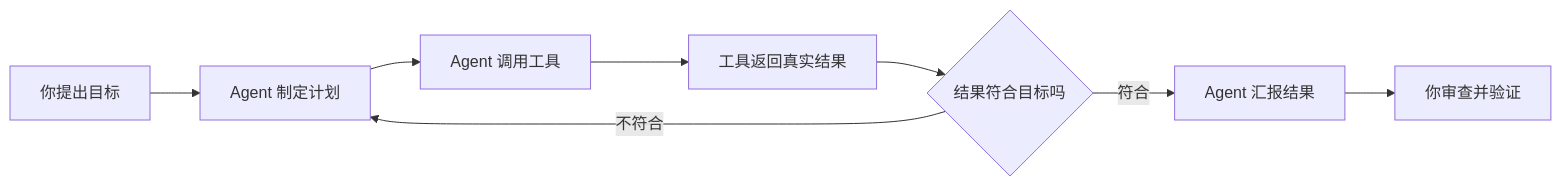
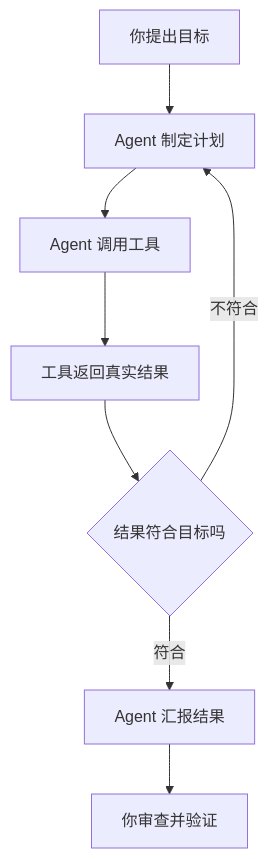
Before and after one commit to zhouxzh/Ascend310: the diagram in src/appendix/appendix4.md, drawn with Mermaid. The commit also changed other lines of this file and 26 other files, not shown here.

````diff
--- a/src/appendix/appendix4.md
+++ b/src/appendix/appendix4.md
@@ -70,10 +70,10 @@
 ```mermaid
-flowchart LR
+flowchart TB
     A[你提出目标] --> B[Agent 制定计划]
     B --> C[Agent 调用工具]
     C --> D[工具返回真实结果]
     D --> E{结果符合目标吗}
     E -- "不符合" --> B
     E -- "符合" --> F[Agent 汇报结果]
     F --> G[你审查并验证]
 ```
````
